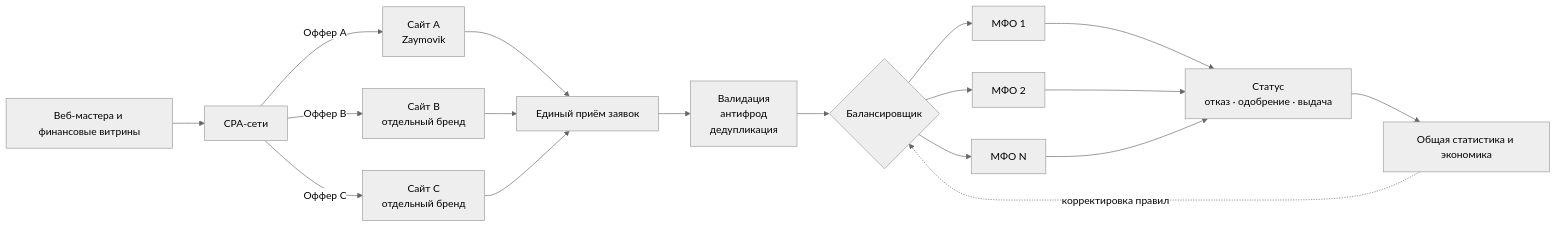
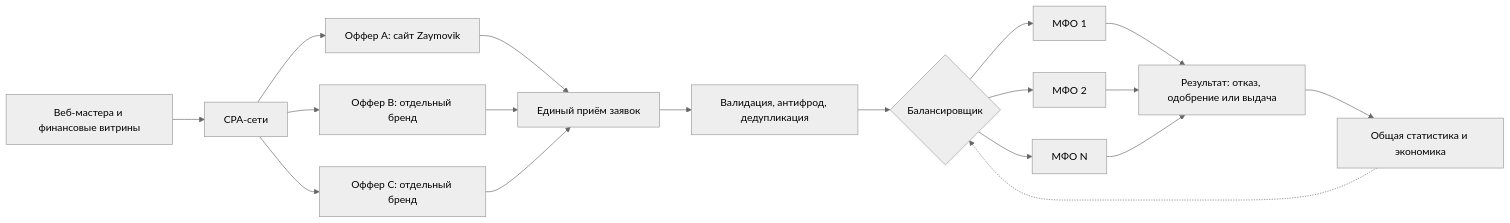
One commit to g0vn0c0d3r/zaymovik changed the diagram in business-models/zaymovik-lead-platform.md. Above: the diagram before and after it, drawn with Mermaid (neutral theme).

Commit message:
Fix GitHub Mermaid rendering

````diff
--- a/business-models/zaymovik-lead-platform.md
+++ b/business-models/zaymovik-lead-platform.md
@@ -37,26 +37,26 @@
 ```mermaid
-flowchart LR
-    T[Веб-мастера и финансовые витрины] --> C[CPA-сети]
+graph LR
+    T["Веб-мастера и финансовые витрины"] --> C["CPA-сети"]
 
-    C -->|Оффер A| A[Сайт A<br/>Zaymovik]
-    C -->|Оффер B| B[Сайт B<br/>отдельный бренд]
-    C -->|Оффер C| D[Сайт C<br/>отдельный бренд]
+    C --> A["Оффер A: сайт Zaymovik"]
+    C --> B["Оффер B: отдельный бренд"]
+    C --> D["Оффер C: отдельный бренд"]
 
-    A --> I[Единый приём заявок]
+    A --> I["Единый приём заявок"]
     B --> I
     D --> I
 
-    I --> V[Валидация<br/>антифрод<br/>дедупликация]
-    V --> R{Балансировщик}
+    I --> V["Валидация, антифрод, дедупликация"]
+    V --> R{"Балансировщик"}
 
-    R --> M1[МФО 1]
-    R --> M2[МФО 2]
-    R --> M3[МФО N]
+    R --> M1["МФО 1"]
+    R --> M2["МФО 2"]
+    R --> M3["МФО N"]
 
-    M1 --> S[Статус<br/>отказ · одобрение · выдача]
+    M1 --> S["Результат: отказ, одобрение или выдача"]
     M2 --> S
     M3 --> S
 
-    S --> E[Общая статистика и экономика]
-    E -. корректировка правил .-> R
+    S --> E["Общая статистика и экономика"]
+    E -.-> R
 ```
````
